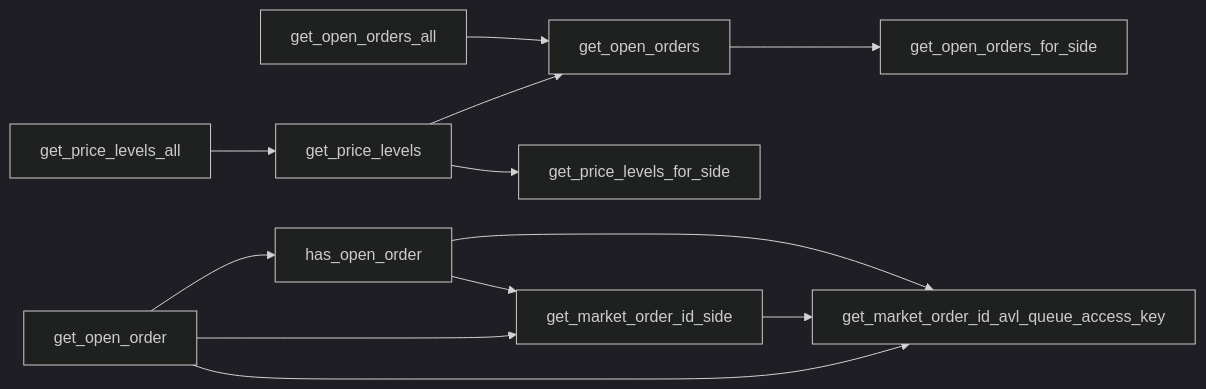
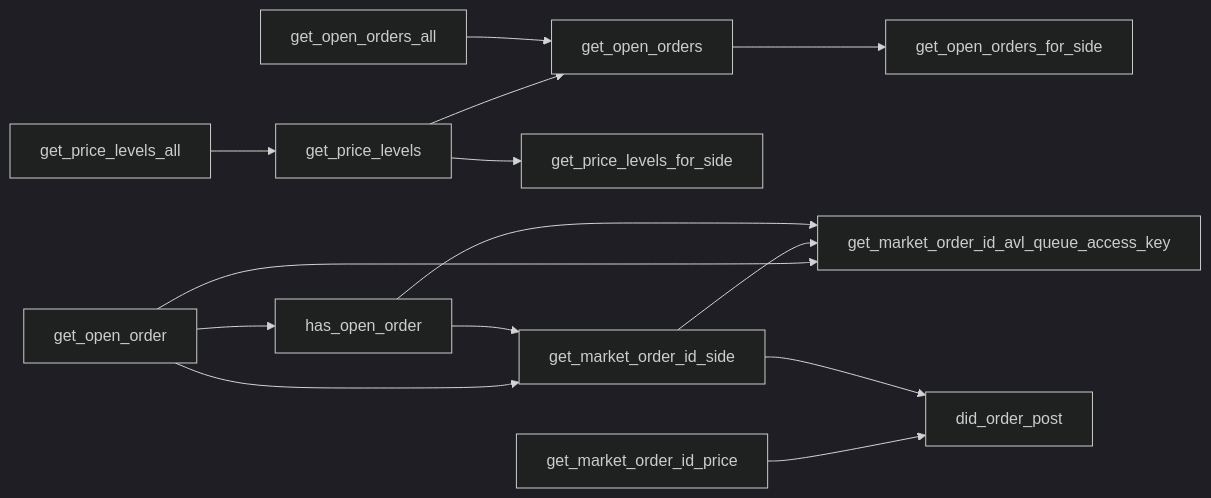
The fifth of 9 diagrams in src/move/econia/doc/market.md (econia-labs/econia), drawn with Mermaid (dark theme) before and after one commit. The commit also changed other lines of this file and 3 other files, not shown here.

Commit message:
Add common market order ID for fills/post, docs

````diff
--- a/src/move/econia/doc/market.md
+++ b/src/move/econia/doc/market.md
@@ -343,18 +348,20 @@
 ```mermaid
 
 flowchart LR
 
 get_price_levels --> get_open_orders
 get_price_levels --> get_price_levels_for_side
 get_price_levels_all --> get_price_levels
 get_open_order --> has_open_order
 get_open_order --> get_market_order_id_side
 get_open_order --> get_market_order_id_avl_queue_access_key
 get_market_order_id_side -->
 get_market_order_id_avl_queue_access_key
 has_open_order --> get_market_order_id_side
 has_open_order --> get_market_order_id_avl_queue_access_key
 get_open_orders --> get_open_orders_for_side
 get_open_orders_all --> get_open_orders
+get_market_order_id_price --> did_order_post
+get_market_order_id_side --> did_order_post
 
 ```
````
